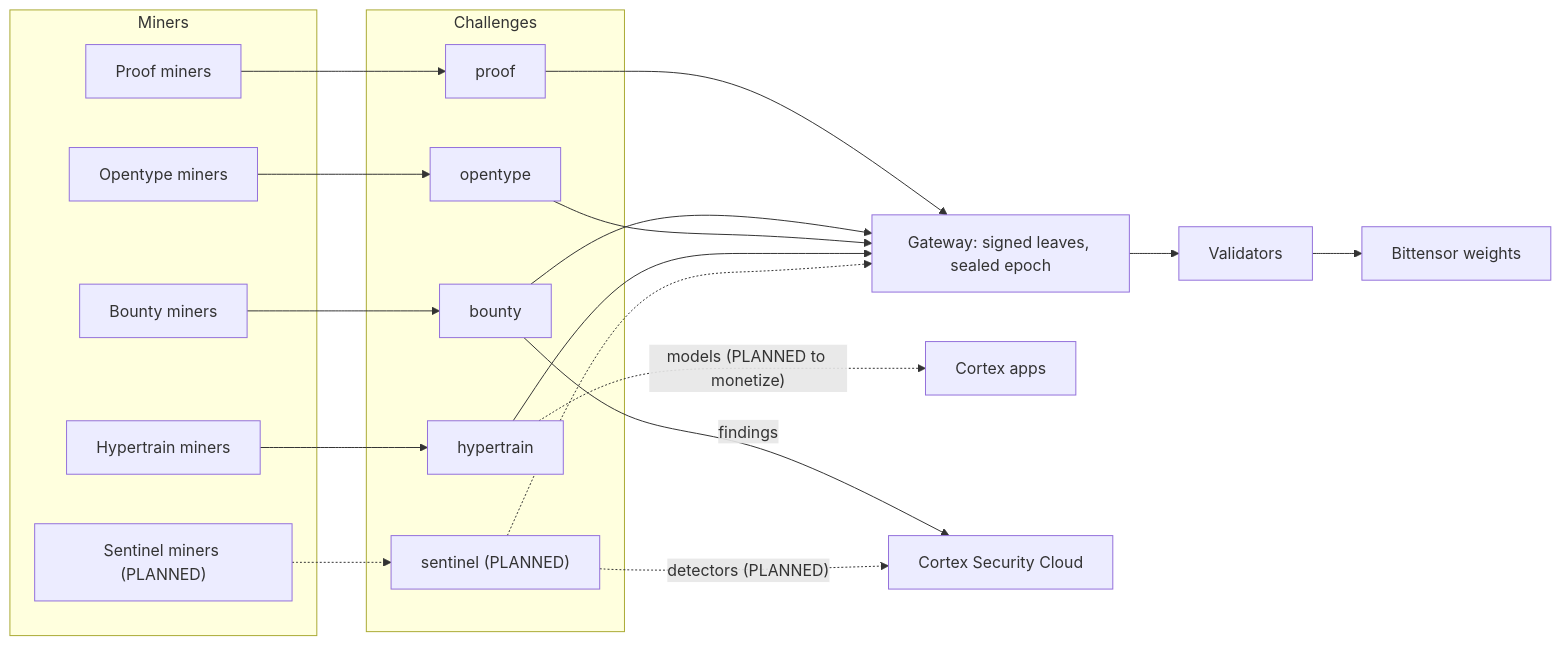
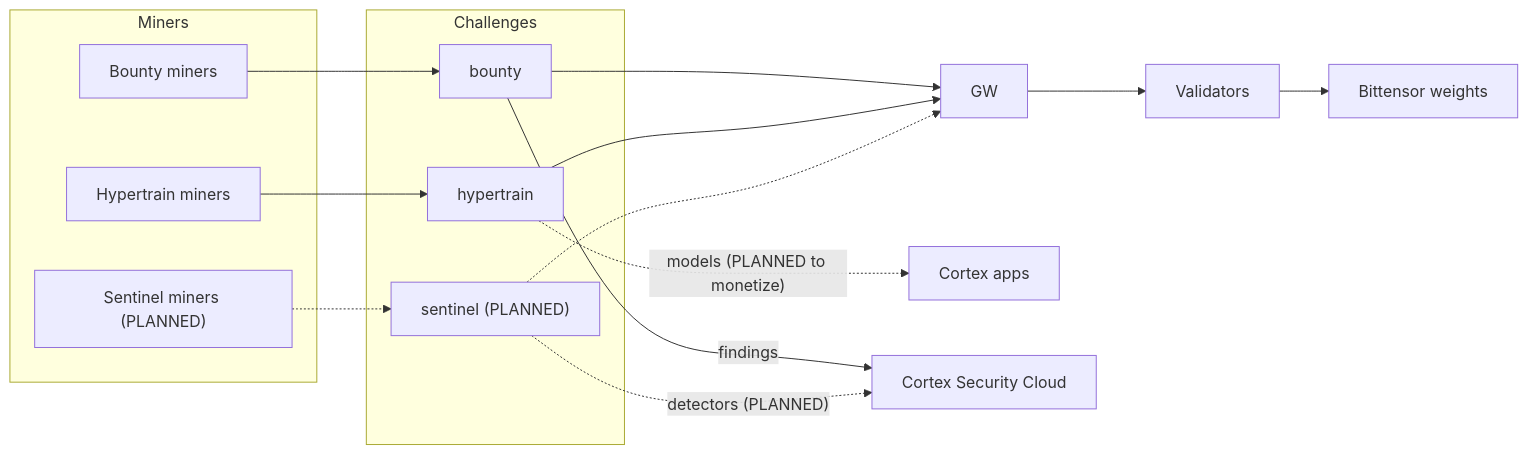
The diagram in docs/ecosystem.md (CortexLM/cortex), drawn with Mermaid before and after one commit. The commit also changed other lines of this file and 1 other file, not shown here.

Commit message:
docs: remove proof and opentype from the challenge lists

````diff
--- a/docs/ecosystem.md
+++ b/docs/ecosystem.md
@@ -9,31 +9,23 @@
 ```mermaid
 flowchart LR
     subgraph Miners
-        MP["Proof miners"]
         MB["Bounty miners"]
-        MO["Opentype miners"]
         MH["Hypertrain miners"]
         MS["Sentinel miners (PLANNED)"]
     end
     subgraph Challenges
-        P["proof"]
         B["bounty"]
-        O["opentype"]
         H["hypertrain"]
         S["sentinel (PLANNED)"]
     end
-    MP --> P
     MB --> B
-    MO --> O
     MH --> H
     MS -.-> S
-    P --> GW["Gateway: signed leaves, sealed epoch"]
     B --> GW
-    O --> GW
     H --> GW
     S -.-> GW
     GW --> VAL["Validators"] --> CHAIN["Bittensor weights"]
     H -.->|"models (PLANNED to monetize)"| APPS["Cortex apps"]
     B -->|"findings"| SEC["Cortex Security Cloud"]
     S -.->|"detectors (PLANNED)"| SEC
 ```
````
